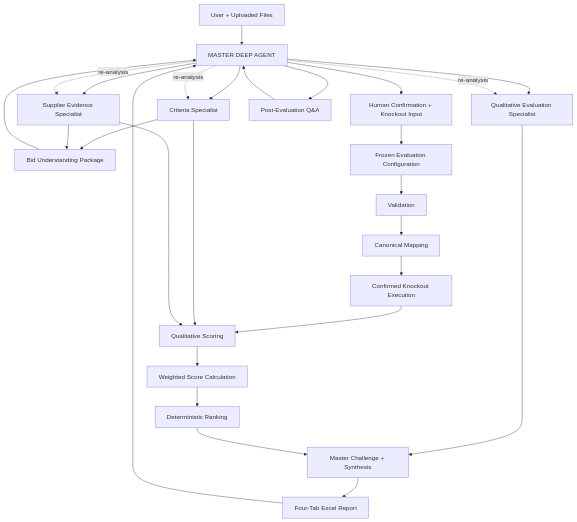
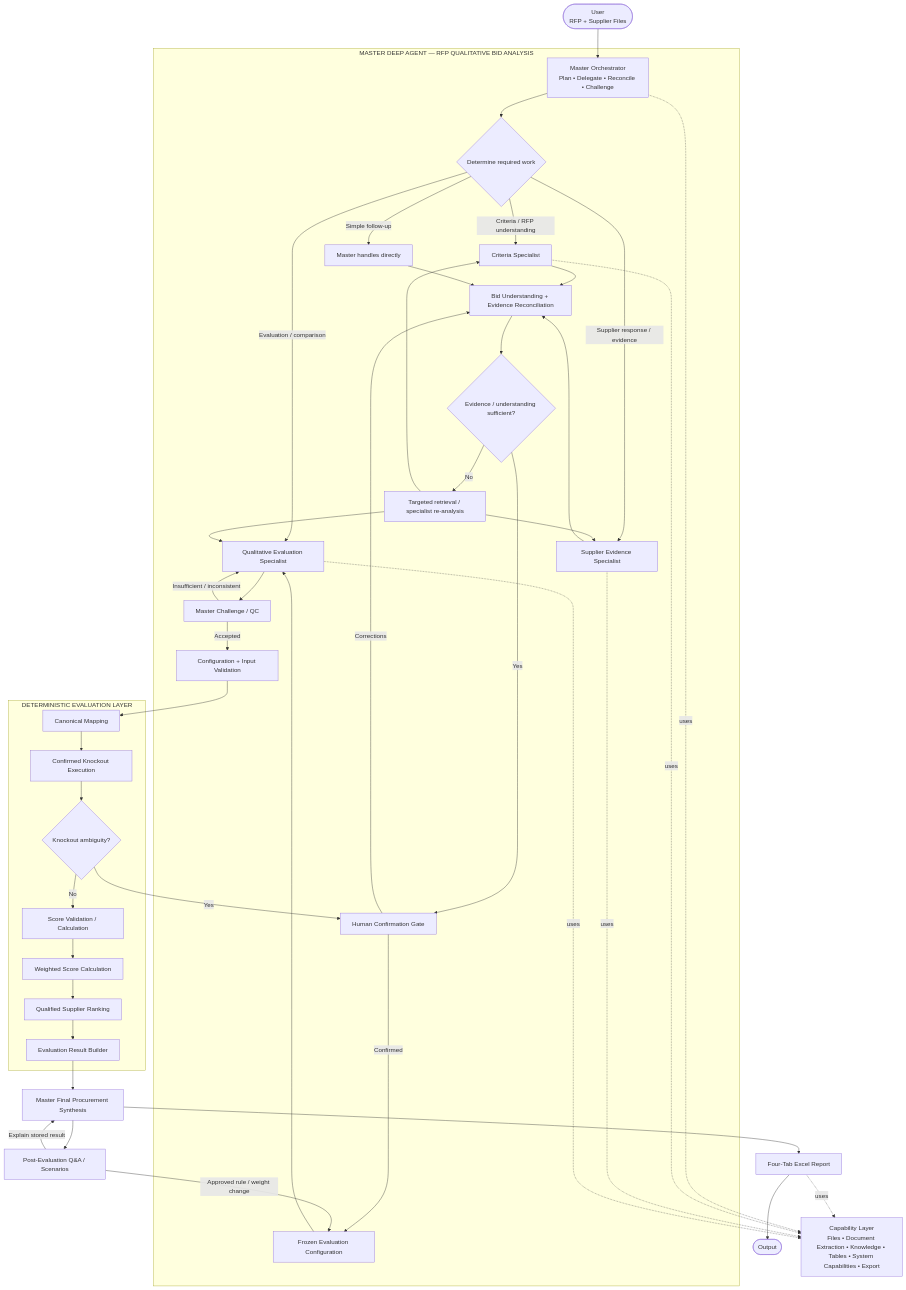
Before and after one commit to adityarane-ai/Agentic-Orchestrations: the first of 2 diagrams in Bid Analysis Agent/04-System-Architecture.md, drawn with Mermaid. The commit also changed other lines of this file, not shown here.

Commit message:
Align system architecture diagrams with V1.2 Deep Agent HITL architecture

````diff
--- a/Bid Analysis Agent/04-System-Architecture.md
+++ b/Bid Analysis Agent/04-System-Architecture.md
@@ -21,49 +21,59 @@
 ```mermaid
-flowchart TD
+flowchart TB
+    U([User<br/>RFP + Supplier Files]) --> M
 
-U[User + Uploaded Files]
-M[MASTER DEEP AGENT]
-C[Criteria Specialist]
-S[Supplier Evidence Specialist]
-E[Qualitative Evaluation Specialist]
-B[Bid Understanding Package]
-H[Human Confirmation + Knockout Input]
-CFG[Frozen Evaluation Configuration]
-V[Validation]
-MAP[Canonical Mapping]
-K[Confirmed Knockout Execution]
-Q[Qualitative Scoring]
-W[Weighted Score Calculation]
-R[Deterministic Ranking]
-SYN[Master Challenge + Synthesis]
-REP[Four-Tab Excel Report]
-QA[Post-Evaluation Q&A]
+    subgraph AGENT[MASTER DEEP AGENT — RFP QUALITATIVE BID ANALYSIS]
+        M[Master Orchestrator<br/>Plan • Delegate • Reconcile • Challenge]
+        P{Determine required work}
+        M --> P
 
-U --> M
-M --> C
-M --> S
-C --> B
-S --> B
-B --> M
-M --> H
-H --> CFG
-CFG --> V
-V --> MAP
-MAP --> K
-K --> Q
-C --> Q
-S --> Q
-M --> E
-E --> SYN
-Q --> W
-W --> R
-R --> SYN
-SYN --> REP
-REP --> M
-M --> QA
-QA --> M
+        P -->|Criteria / RFP understanding| C[Criteria Specialist]
+        P -->|Supplier response / evidence| S[Supplier Evidence Specialist]
+        P -->|Evaluation / comparison| E[Qualitative Evaluation Specialist]
+        P -->|Simple follow-up| SELF[Master handles directly]
 
-M -. re-analysis .-> C
-M -. re-analysis .-> S
-M -. re-analysis .-> E
+        C --> B[Bid Understanding + Evidence Reconciliation]
+        S --> B
+        SELF --> B
+        B --> SUFF{Evidence / understanding sufficient?}
+        SUFF -->|No| REWORK[Targeted retrieval / specialist re-analysis]
+        REWORK --> C
+        REWORK --> S
+        REWORK --> E
+        SUFF -->|Yes| H[Human Confirmation Gate]
+
+        H -->|Corrections| B
+        H -->|Confirmed| CFG[Frozen Evaluation Configuration]
+
+        CFG --> E
+        E --> QC[Master Challenge / QC]
+        QC -->|Insufficient / inconsistent| E
+        QC -->|Accepted| D
+    end
+
+    subgraph DET[DETERMINISTIC EVALUATION LAYER]
+        D[Configuration + Input Validation]
+        D --> MAP[Canonical Mapping]
+        MAP --> K[Confirmed Knockout Execution]
+        K --> KD{Knockout ambiguity?}
+        KD -->|Yes| H
+        KD -->|No| SV[Score Validation / Calculation]
+        SV --> W[Weighted Score Calculation]
+        W --> R[Qualified Supplier Ranking]
+        R --> RB[Evaluation Result Builder]
+    end
+
+    RB --> SYN[Master Final Procurement Synthesis]
+    SYN --> REP[Four-Tab Excel Report]
+    REP --> OUT([Output])
+    SYN --> QA[Post-Evaluation Q&A / Scenarios]
+    QA -->|Explain stored result| SYN
+    QA -->|Approved rule / weight change| CFG
+
+    TOOLS[Capability Layer<br/>Files • Document Extraction • Knowledge • Tables • System Capabilities • Export]
+    M -. uses .-> TOOLS
+    C -. uses .-> TOOLS
+    S -. uses .-> TOOLS
+    E -. uses .-> TOOLS
+    REP -. uses .-> TOOLS
 ```
````
